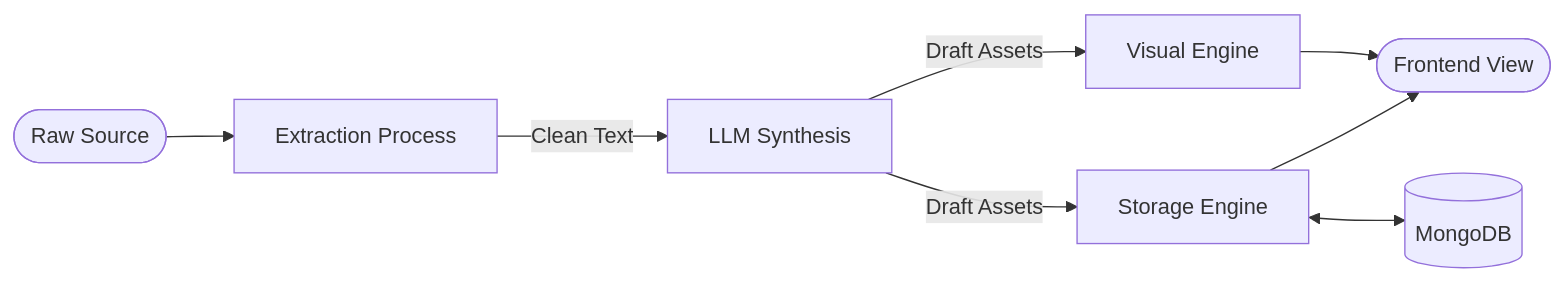
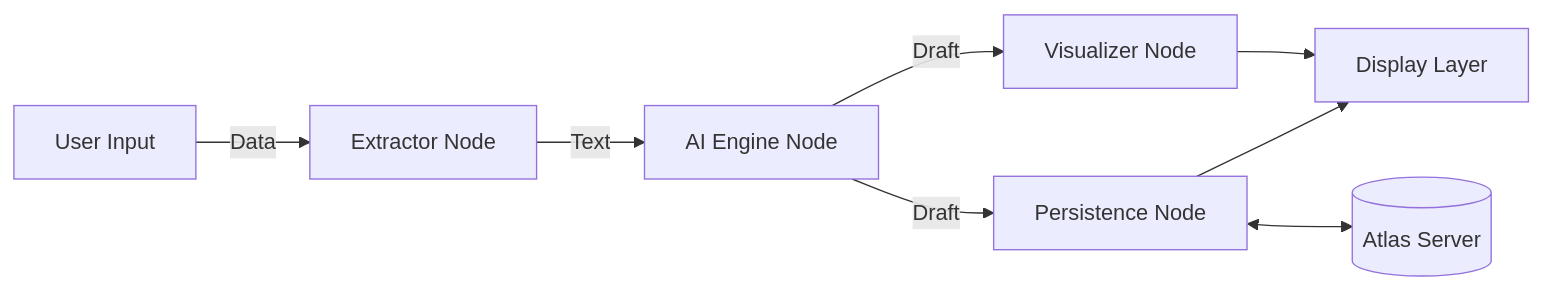
One commit to naresh-rn/echoly changed diagram 16 of 20 in ALL_DIAGRAMS.md. Above: the diagram before and after it, drawn with Mermaid. The commit also changed other lines of this file and 1 other file, not shown here.

Commit message:
docs: repair diagram rendering and finalize comprehensive architecture dossier

````diff
--- a/ALL_DIAGRAMS.md
+++ b/ALL_DIAGRAMS.md
@@ -373,10 +372,10 @@
 ```mermaid
 flowchart LR
-    Input([Raw Source]) --> P1[Extraction Process]
-    P1 -->|Clean Text| P2[LLM Synthesis]
-    P2 -->|Draft Assets| P3[Visual Engine]
-    P2 -->|Draft Assets| P4[Storage Engine]
-    P4 <--> DB[(MongoDB)]
-    P3 --> UI([Frontend View])
+    RawInput[User Input] -->|Data| P1[Extractor Node]
+    P1 -->|Text| P2[AI Engine Node]
+    P2 -->|Draft| P3[Visualizer Node]
+    P2 -->|Draft| P4[Persistence Node]
+    P4 <--> DB[(Atlas Server)]
+    P3 --> UI[Display Layer]
     P4 --> UI
 ```
````
